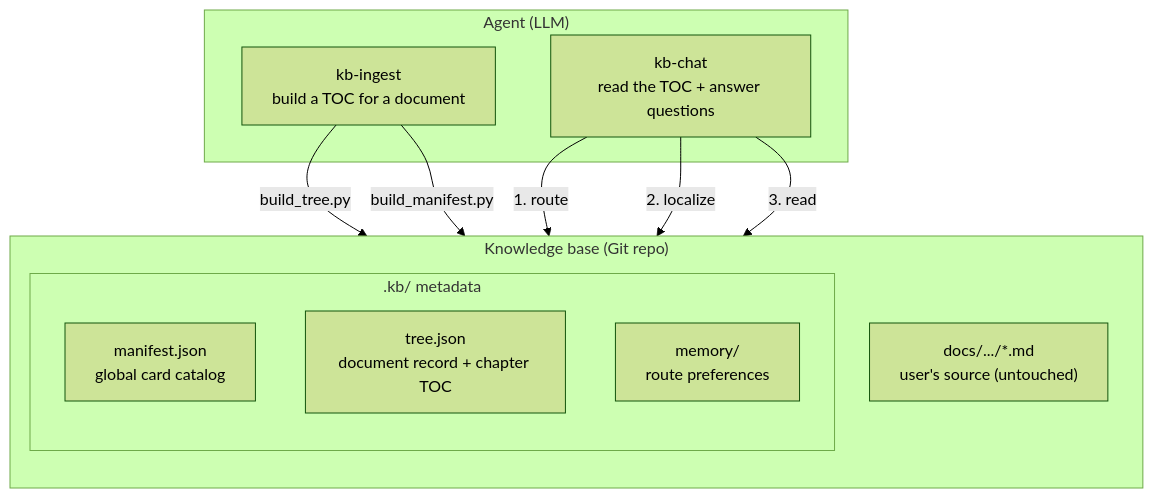
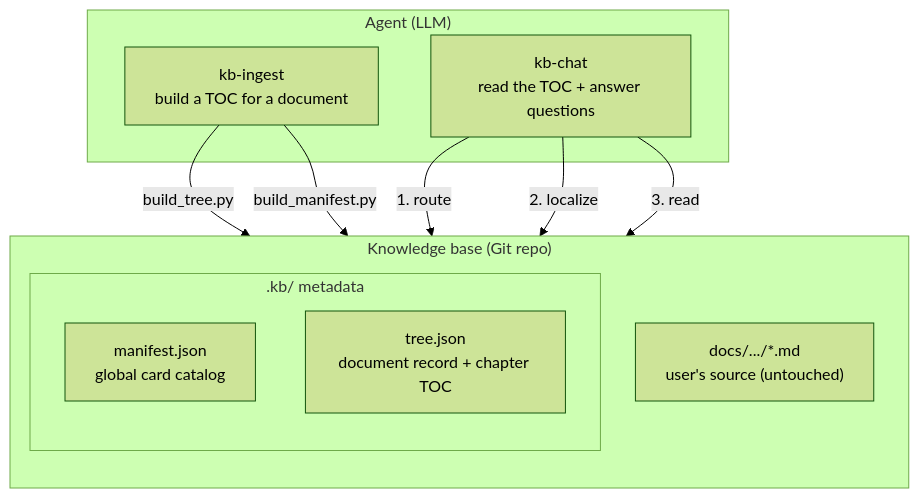
One commit to waylondev/kb-pilot changed the second of 3 diagrams in README.md. Above: the diagram before and after it, drawn with Mermaid (forest theme). The commit also changed other lines of this file and 4 other files, not shown here.

````diff
--- a/README.md
+++ b/README.md
@@ -90,23 +90,22 @@
 ```mermaid
 graph TB
     subgraph Agent["Agent (LLM)"]
         INGEST["kb-ingest<br/>build a TOC for a document"]
         CHAT["kb-chat<br/>read the TOC + answer questions"]
     end
 
     subgraph KB["Knowledge base (Git repo)"]
         direction TB
         subgraph Meta[".kb/ metadata"]
             MANIFEST["manifest.json<br/>global card catalog"]
             TREE["tree.json<br/>document record + chapter TOC"]
-            PREF["memory/<br/>route preferences"]
         end
         SOURCE["docs/.../*.md<br/>user's source (untouched)"]
     end
 
     INGEST -->|"build_tree.py"| TREE
     INGEST -->|"build_manifest.py"| MANIFEST
     CHAT -->|"1. route"| MANIFEST
     CHAT -->|"2. localize"| TREE
     CHAT -->|"3. read"| SOURCE
 ```
````
